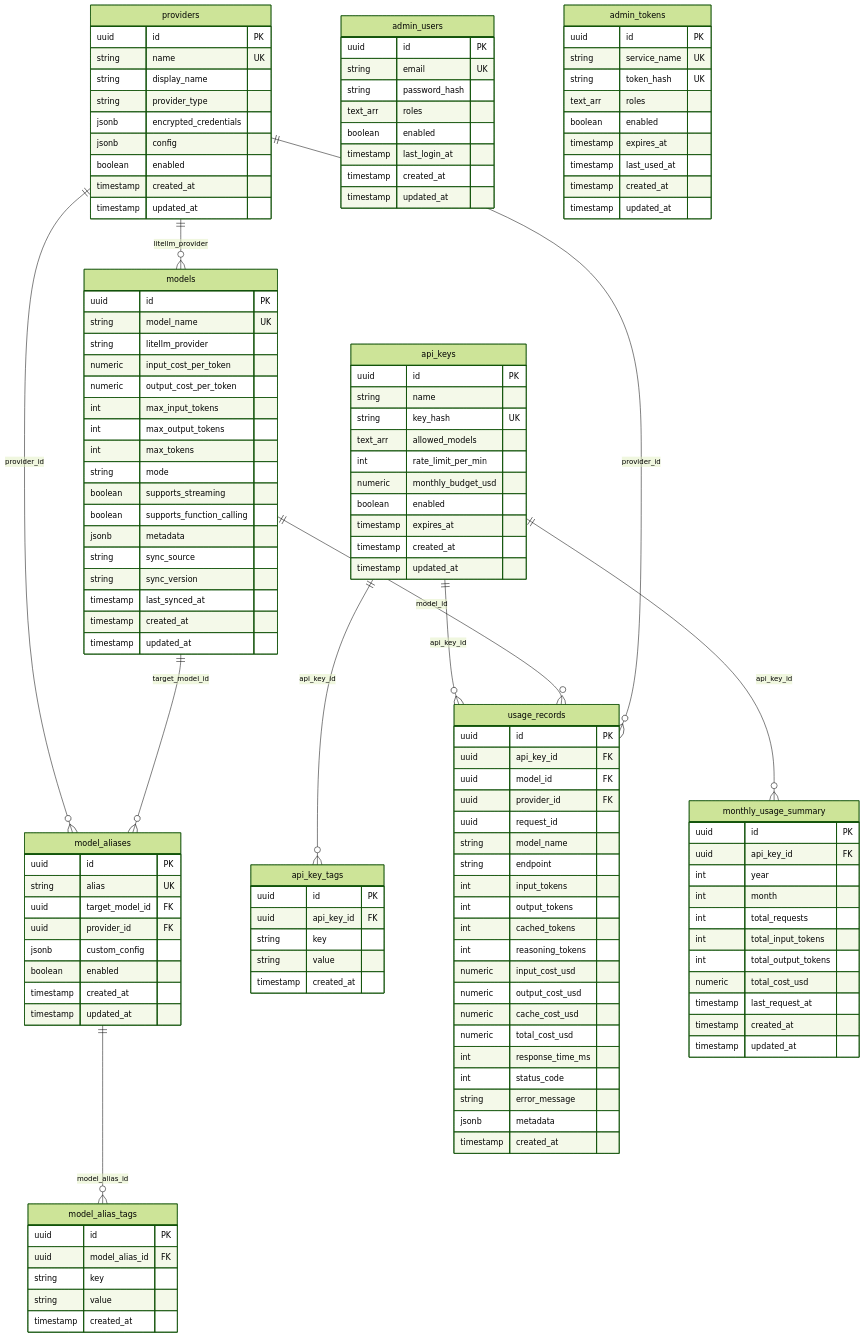
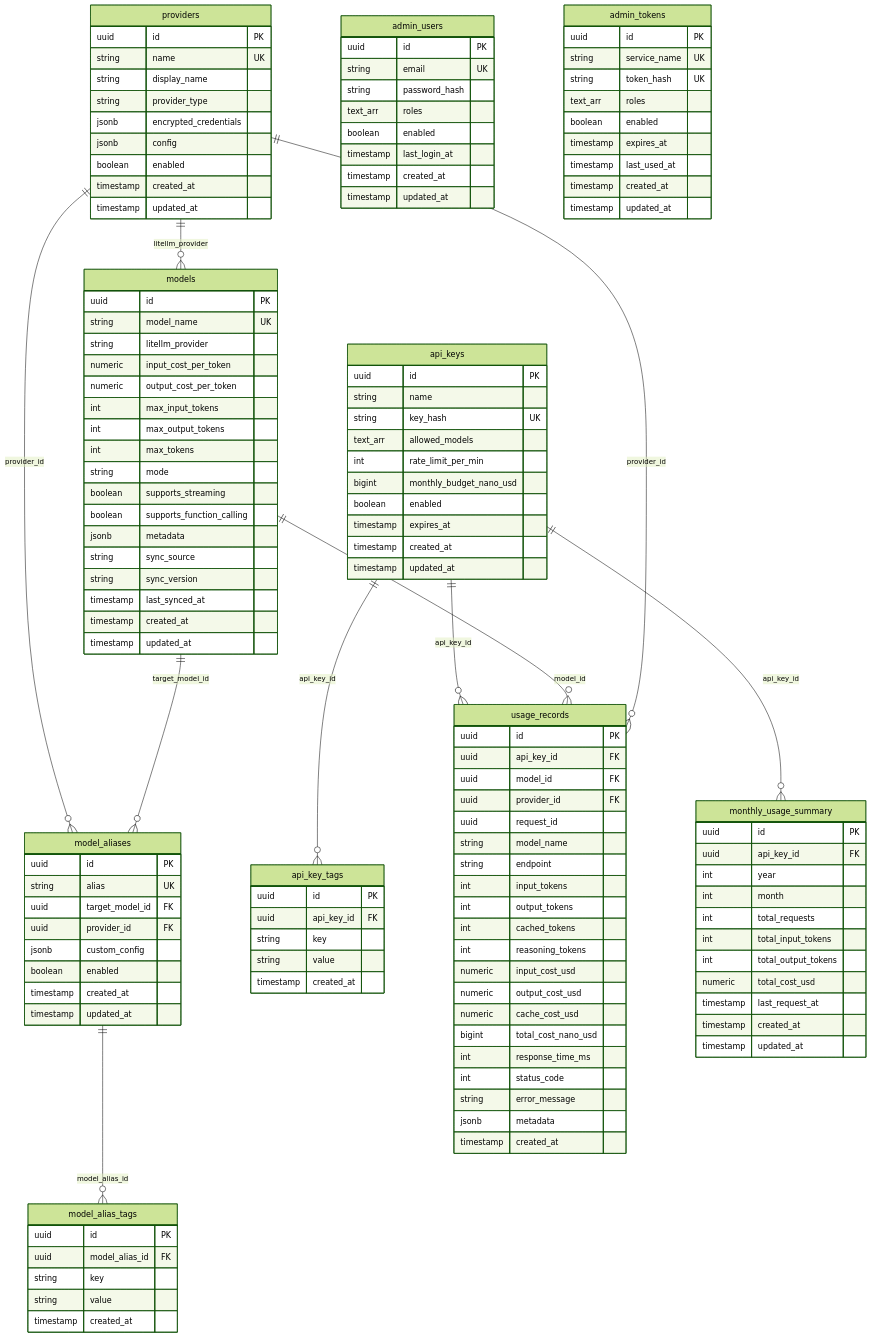
One commit to bdobrica/ThinkPixelLLMGW changed the diagram in docs/database-schema.md. Above: the diagram before and after it, drawn with Mermaid (forest theme). The commit also changed 20 other files, not shown here.

```diff
--- a/docs/database-schema.md
+++ b/docs/database-schema.md
@@ -96,7 +96,7 @@
         string key_hash UK
         text_arr allowed_models
         int rate_limit_per_min
-        numeric monthly_budget_usd
+        bigint monthly_budget_nano_usd
         boolean enabled
         timestamp expires_at
         timestamp created_at
@@ -126,7 +126,7 @@
         numeric input_cost_usd
         numeric output_cost_usd
         numeric cache_cost_usd
-        numeric total_cost_usd
+        bigint total_cost_nano_usd
         int response_time_ms
         int status_code
         string error_message
```
